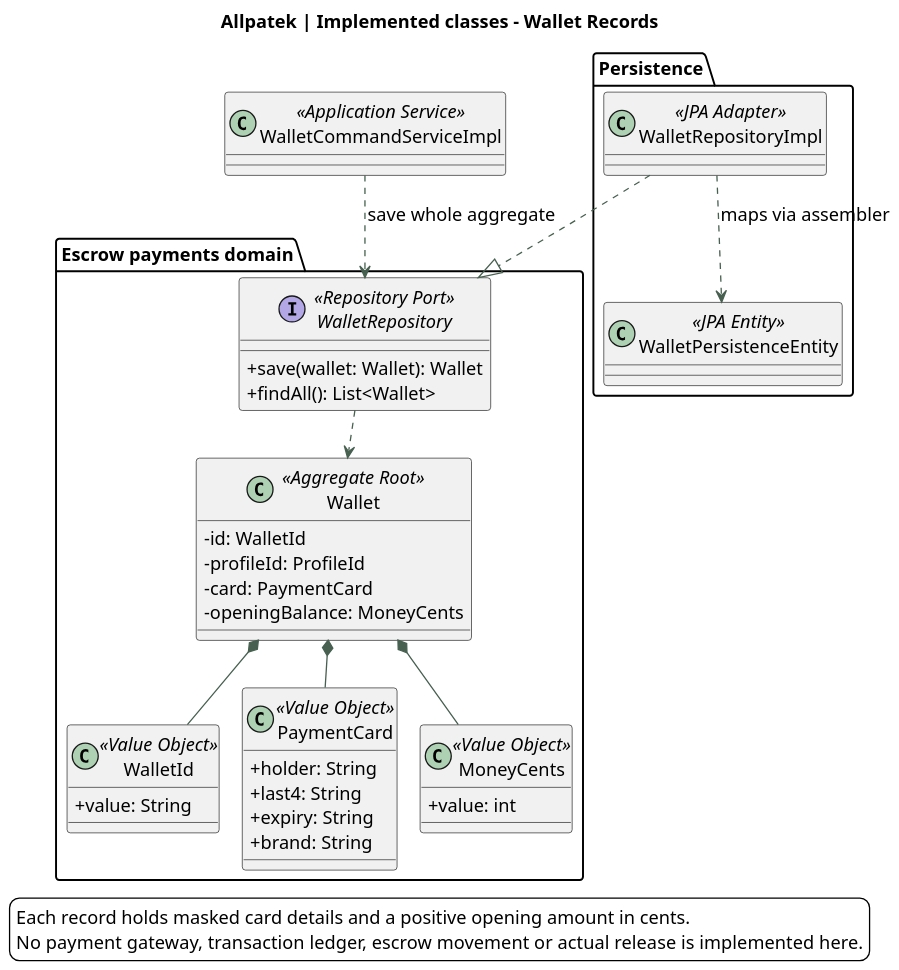
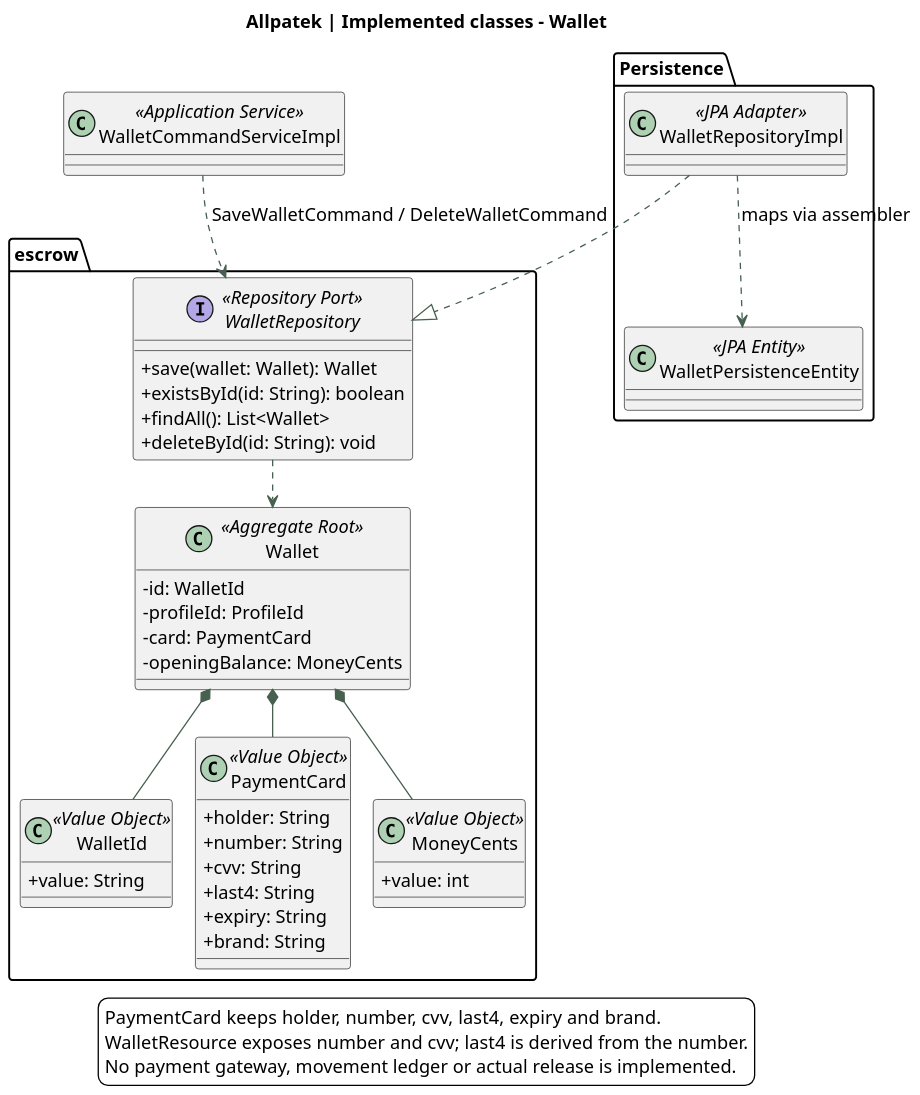
The diagram in assets/chapter-04/architecture/11-classes-payments.puml (upc-pre-202620-1asi0729-7753-Terranova/allpatek-report), drawn with PlantUML before and after one commit. The commit also changed 2 other files, not shown here.

Commit message:
docs(architecture): include PaymentCard number and cvv in Wallet

```diff
--- a/assets/chapter-04/architecture/11-classes-payments.puml
+++ b/assets/chapter-04/architecture/11-classes-payments.puml
@@ -1,62 +1,67 @@
 @startuml
 !pragma layout smetana
 skinparam backgroundColor white
 skinparam defaultFontName SansSerif
 skinparam defaultFontSize 14
 skinparam shadowing false
 skinparam classAttributeIconSize 0
 skinparam ArrowColor #476050
 skinparam dpi 140
-title Allpatek | Implemented classes - Wallet Records
+title Allpatek | Implemented classes - Wallet
 top to bottom direction
 
-package "Escrow payments domain" {
+package "escrow" {
   class Wallet <<Aggregate Root>> {
     -id: WalletId
     -profileId: ProfileId
     -card: PaymentCard
     -openingBalance: MoneyCents
   }
 
   class WalletId <<Value Object>> {
     +value: String
   }
 
   class PaymentCard <<Value Object>> {
     +holder: String
+    +number: String
+    +cvv: String
     +last4: String
     +expiry: String
     +brand: String
   }
 
   class MoneyCents <<Value Object>> {
     +value: int
   }
 
   interface WalletRepository <<Repository Port>> {
     +save(wallet: Wallet): Wallet
+    +existsById(id: String): boolean
     +findAll(): List<Wallet>
+    +deleteById(id: String): void
   }
 
   Wallet *-- WalletId
   Wallet *-- PaymentCard
   Wallet *-- MoneyCents
   WalletRepository ..> Wallet
 }
 
 class WalletCommandServiceImpl <<Application Service>>
-WalletCommandServiceImpl ..> WalletRepository : save whole aggregate
+WalletCommandServiceImpl ..> WalletRepository : SaveWalletCommand / DeleteWalletCommand
 
 package "Persistence" {
   class WalletRepositoryImpl <<JPA Adapter>>
   class WalletPersistenceEntity <<JPA Entity>>
 
   WalletRepositoryImpl ..> WalletPersistenceEntity : maps via assembler
 }
 WalletRepositoryImpl ..|> WalletRepository
 
 legend bottom
-Each record holds masked card details and a positive opening amount in cents.
-No payment gateway, transaction ledger, escrow movement or actual release is implemented here.
+PaymentCard keeps holder, number, cvv, last4, expiry and brand.
+WalletResource exposes number and cvv; last4 is derived from the number.
+No payment gateway, movement ledger or actual release is implemented.
 endlegend
 @enduml
```
